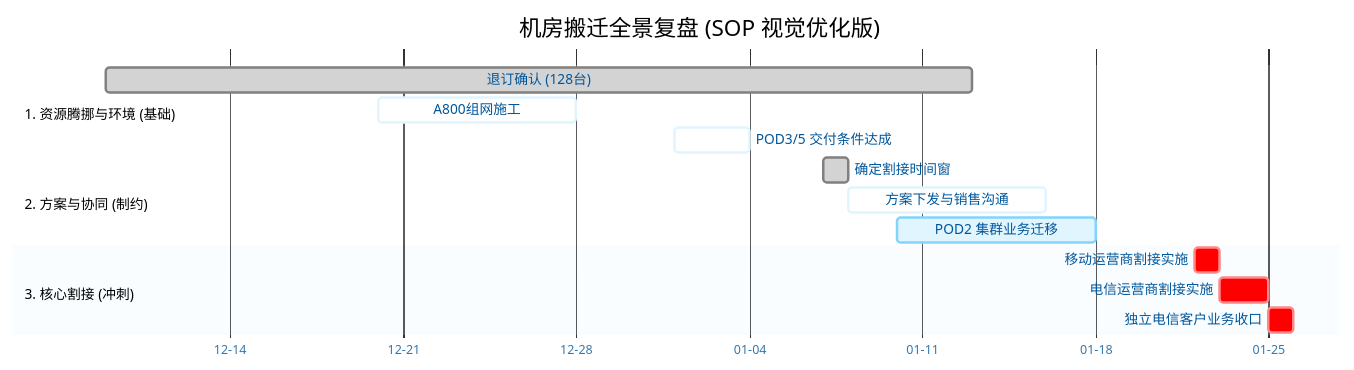
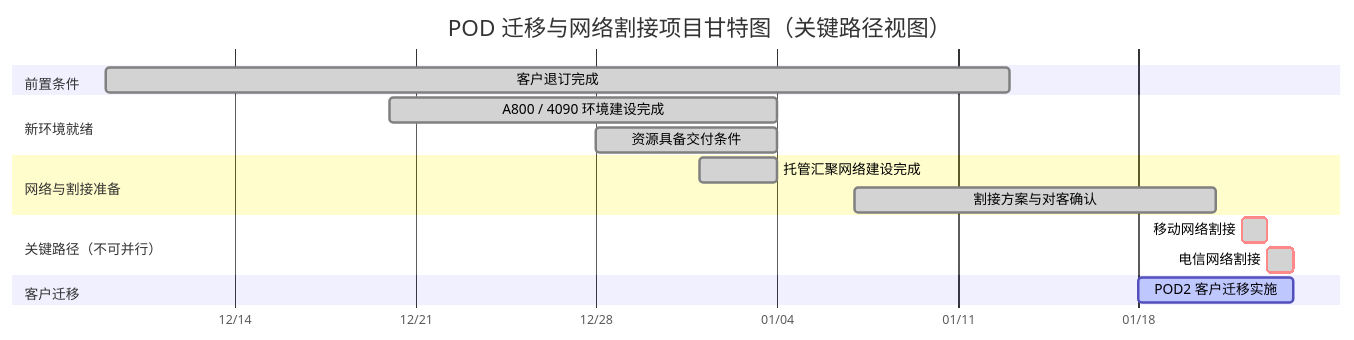
The diagram in all/未命名.md (lasonlixin/iodraw-files), drawn with Mermaid before and after one commit.

Commit message:
2026-02-03 10:39:59 update

````diff
--- a/all/未命名.md
+++ b/all/未命名.md
@@ -1,34 +1,25 @@
 ```mermaid
-%%{init: {
-  'theme': 'base',
-  'themeVariables': {
-    'fontFamily': 'arial, sans-serif',
-    'fontSize': '14px',
-    'primaryColor': '#e1f5fe',
-    'primaryTextColor': '#01579b',
-    'primaryBorderColor': '#81d4fa',
-    'lineColor': '#546e7a',
-    'secondaryColor': '#f1f8e9',
-    'tertiaryColor': '#fff'
-  }
-}}%%
 gantt
-    title 机房搬迁全景复盘 (SOP 视觉优化版)
+    title POD 迁移与网络割接项目甘特图（关键路径视图）
     dateFormat  YYYY-MM-DD
-    axisFormat %m-%d
+    axisFormat  %m/%d
 
-    section 1. 资源腾挪与环境 (基础)
-    退订确认 (128台)           :done, a1, 2025-12-09, 2026-01-13
-    A800组网施工              :active, a2, 2025-12-20, 2025-12-28
-    POD3/5 交付条件达成        :active, a3, 2026-01-01, 2026-01-04
+    section 前置条件
+    客户退订完成                 :done,    a1, 2025-12-09, 2026-01-13
 
-    section 2. 方案与协同 (制约)
-    确定割接时间窗             :done, b1, 2026-01-07, 1d
-    方案下发与销售沟通         :active, b2, 2026-01-08, 2026-01-16
-    POD2 集群业务迁移          :b3, 2026-01-10, 2026-01-18
+    section 新环境就绪
+    A800 / 4090 环境建设完成     :done,    b1, 2025-12-20, 2026-01-04
+    资源具备交付条件             :done,    b2, 2025-12-28, 2026-01-04
 
-    section 3. 核心割接 (冲刺)
-    移动运营商割接实施         :crit, c1, 2026-01-22, 1d
-    电信运营商割接实施         :crit, c2, 2026-01-23, 2d
-    独立电信客户业务收口       :crit, c3, after c2, 1d
+    section 网络与割接准备
+    托管汇聚网络建设完成         :done,    c1, 2026-01-01, 2026-01-04
+    割接方案与对客确认           :done,    c2, 2026-01-07, 2026-01-21
+
+    section 关键路径（不可并行）
+    移动网络割接                 :crit,done, d1, 2026-01-22, 1d
+    电信网络割接                 :crit,done, d2, 2026-01-23, 2026-01-24
+
+    section 客户迁移
+    POD2 客户迁移实施             :active,  e1, 2026-01-18, 2026-01-24
+
 ```
````
